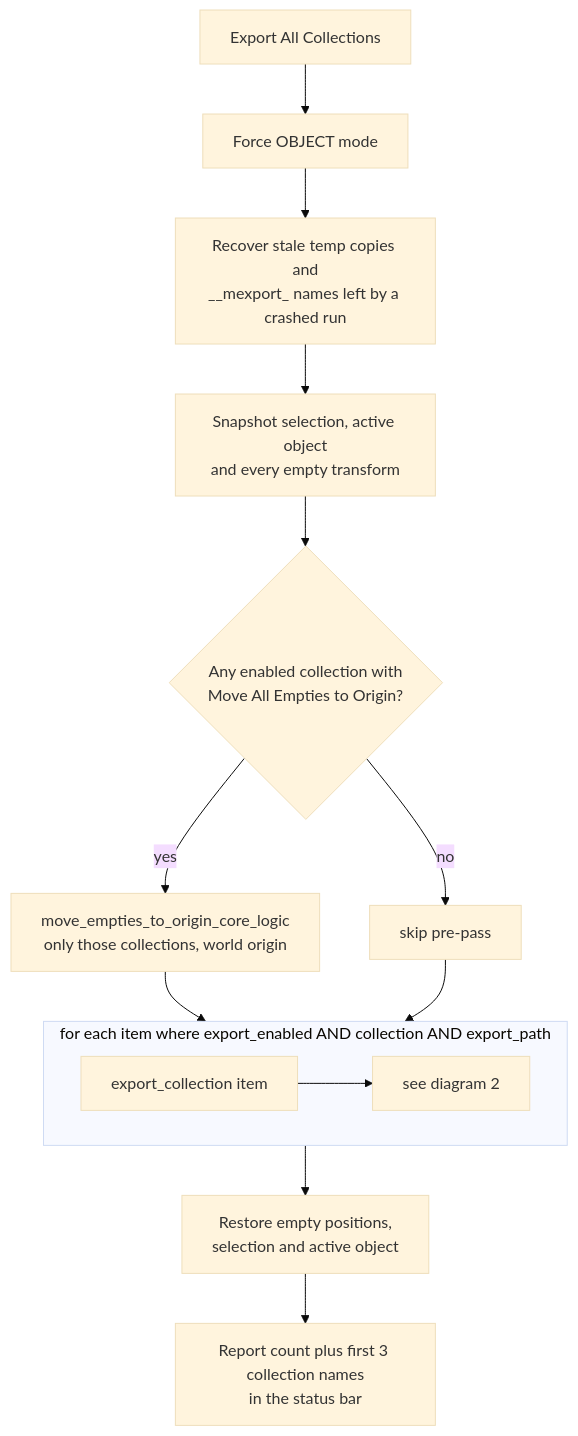
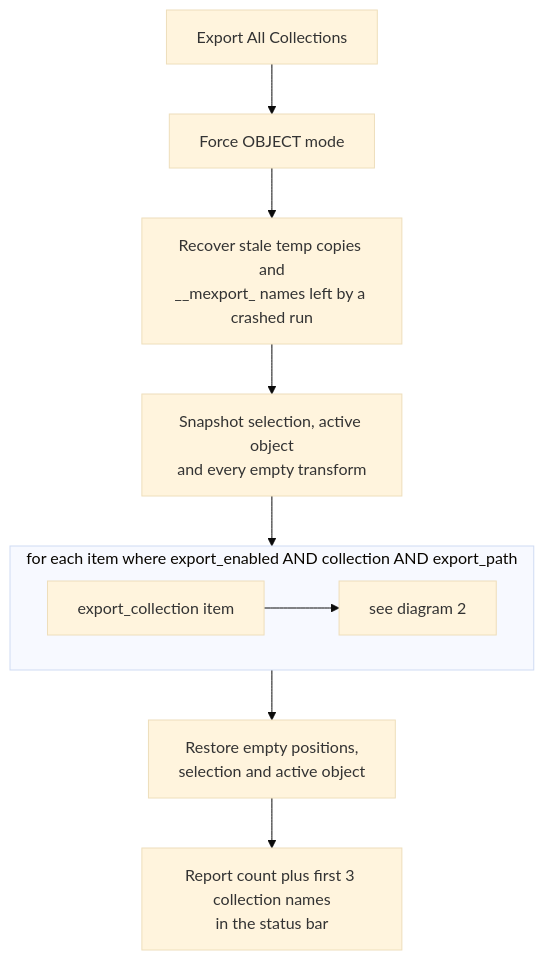
Before and after one commit to Stephk0/Toolings: the first of 5 diagrams in Blender/Addons/MassExporter/EXPORT_FLOW.md, drawn with Mermaid (base theme). The commit also changed other lines of this file and 32 other files, not shown here.

````diff
--- a/Blender/Addons/MassExporter/EXPORT_FLOW.md
+++ b/Blender/Addons/MassExporter/EXPORT_FLOW.md
@@ -20,18 +20,14 @@
 ```mermaid
 flowchart TD
     subgraph LOOP ["for each item where export_enabled AND collection AND export_path"]
         H["export_collection item"] --> I["see diagram 2"]
     end
 
     A["Export All Collections"] --> B["Force OBJECT mode"]
     B --> C["Recover stale temp copies and<br/>__mexport_ names left by a crashed run"]
     C --> D["Snapshot selection, active object<br/>and every empty transform"]
-    D --> E{"Any enabled collection with<br/>Move All Empties to Origin?"}
-    E -->|yes| F["move_empties_to_origin_core_logic<br/>only those collections, world origin"]
-    E -->|no| G["skip pre-pass"]
-    F --> LOOP
-    G --> LOOP
+    D --> LOOP
 
     LOOP --> Z["Restore empty positions,<br/>selection and active object"]
     Z --> Y["Report count plus first 3 collection names<br/>in the status bar"]
 ```
````
